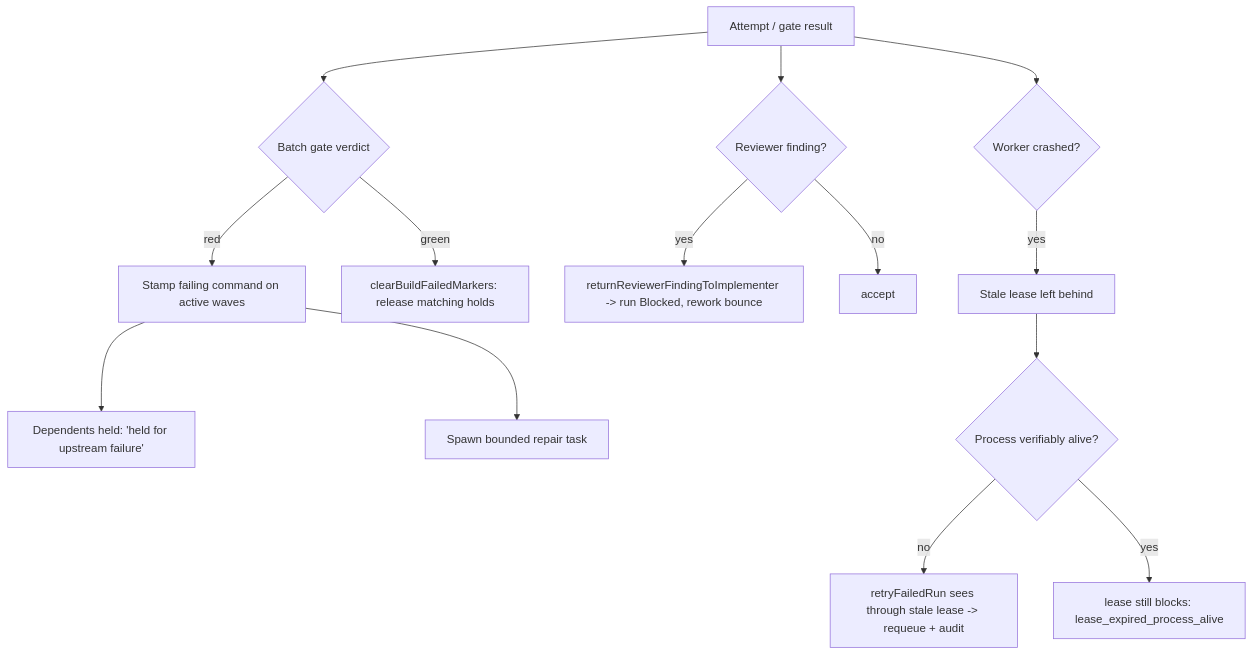
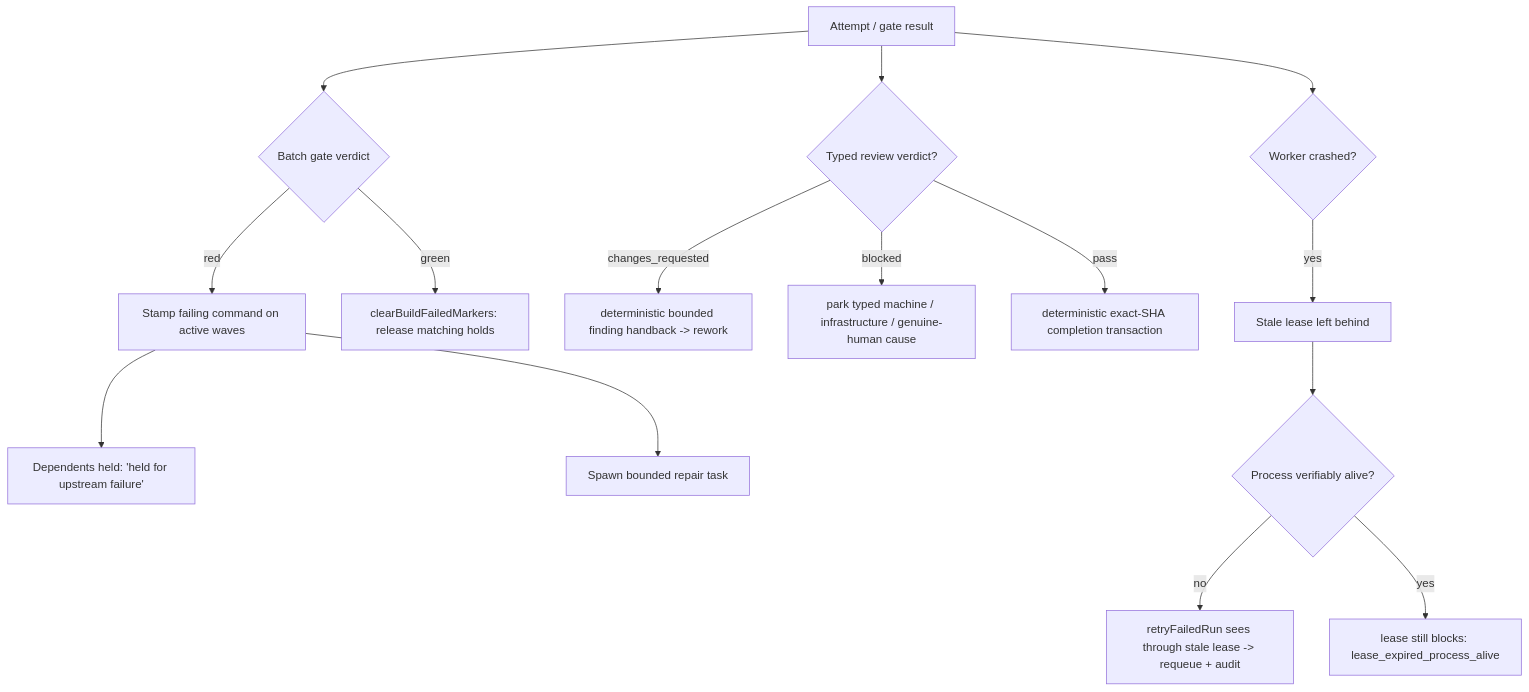
Before and after one commit to srv1n/tusker: the second of 2 diagrams in docs/system/orchestration.md, drawn with Mermaid. The commit also changed other lines of this file and 18 other files, not shown here.

````diff
--- a/docs/system/orchestration.md
+++ b/docs/system/orchestration.md
@@ -178,16 +193,17 @@
 ```mermaid
 flowchart TD
     A[Attempt / gate result] --> B{Batch gate verdict}
     B -->|red| Q[Stamp failing command on active waves]
     Q --> H[Dependents held: 'held for upstream failure']
     Q --> RT[Spawn bounded repair task]
     B -->|green| C[clearBuildFailedMarkers: release matching holds]
-    A --> F{Reviewer finding?}
-    F -->|yes| RB[returnReviewerFindingToImplementer -> run Blocked, rework bounce]
-    F -->|no| OK[accept]
+    A --> F{Typed review verdict?}
+    F -->|changes_requested| RB[deterministic bounded finding handback -> rework]
+    F -->|blocked| BP[park typed machine / infrastructure / genuine-human cause]
+    F -->|pass| OK[deterministic exact-SHA completion transaction]
     A --> X{Worker crashed?}
     X -->|yes| SL[Stale lease left behind]
     SL --> ST{Process verifiably alive?}
     ST -->|no| RE[retryFailedRun sees through stale lease -> requeue + audit]
     ST -->|yes| BL[lease still blocks: lease_expired_process_alive]
 ```
````
